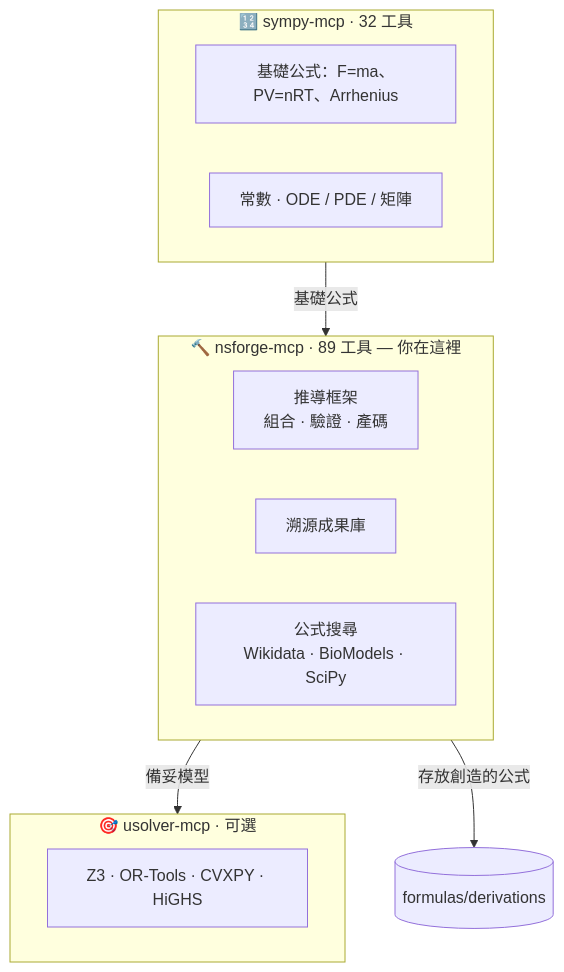
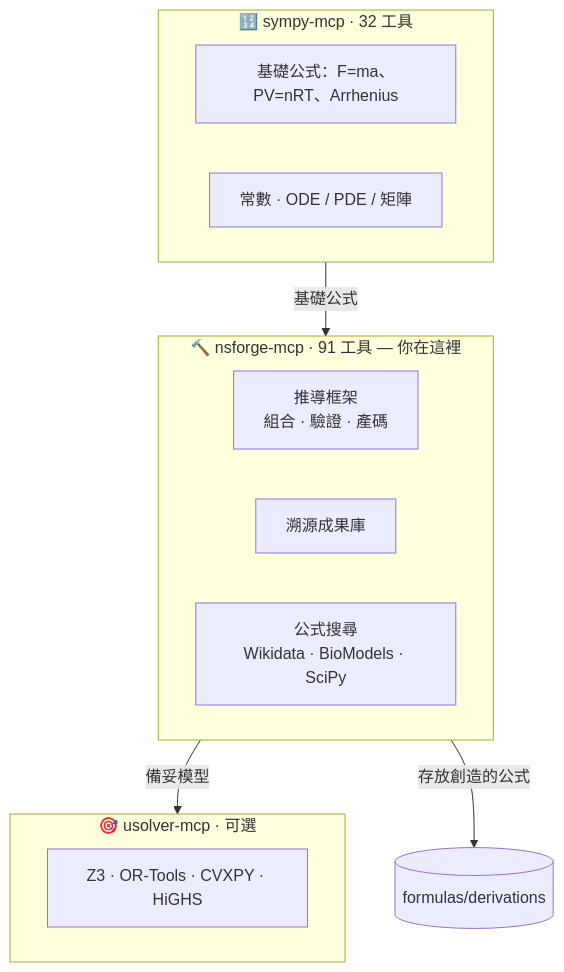
The second of 6 diagrams in README.zh-TW.md (u9401066/nsforge-mcp), drawn with Mermaid before and after one commit. The commit also changed other lines of this file and 7 other files, not shown here.

First line of the commit message:
feat(mcp): runtime self-description tools — nsforge_health + nsforge_manifest

````diff
--- a/README.zh-TW.md
+++ b/README.zh-TW.md
@@ -68,20 +68,20 @@
 ```mermaid
 flowchart TB
     subgraph SY["🔢 sympy-mcp · 32 工具"]
         direction LR
         SY1["基礎公式：F=ma、PV=nRT、Arrhenius"]
         SY2["常數 · ODE / PDE / 矩陣"]
     end
-    subgraph NS["🔨 nsforge-mcp · 89 工具 — 你在這裡"]
+    subgraph NS["🔨 nsforge-mcp · 91 工具 — 你在這裡"]
         direction LR
         NS1["推導框架<br/>組合 · 驗證 · 產碼"]
         NS2["溯源成果庫"]
         NS3["公式搜尋<br/>Wikidata · BioModels · SciPy"]
     end
     subgraph US["🎯 usolver-mcp · 可選"]
         US1["Z3 · OR-Tools · CVXPY · HiGHS"]
     end
     SY -->|"基礎公式"| NS
     NS -->|"備妥模型"| US
     NS -->|"存放創造的公式"| REPO[("formulas/derivations")]
 ```
````
